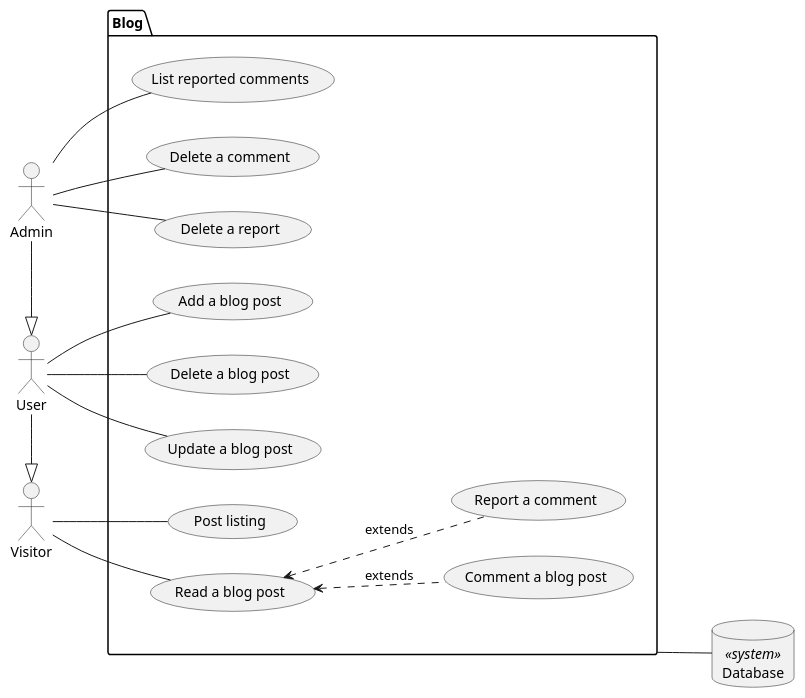
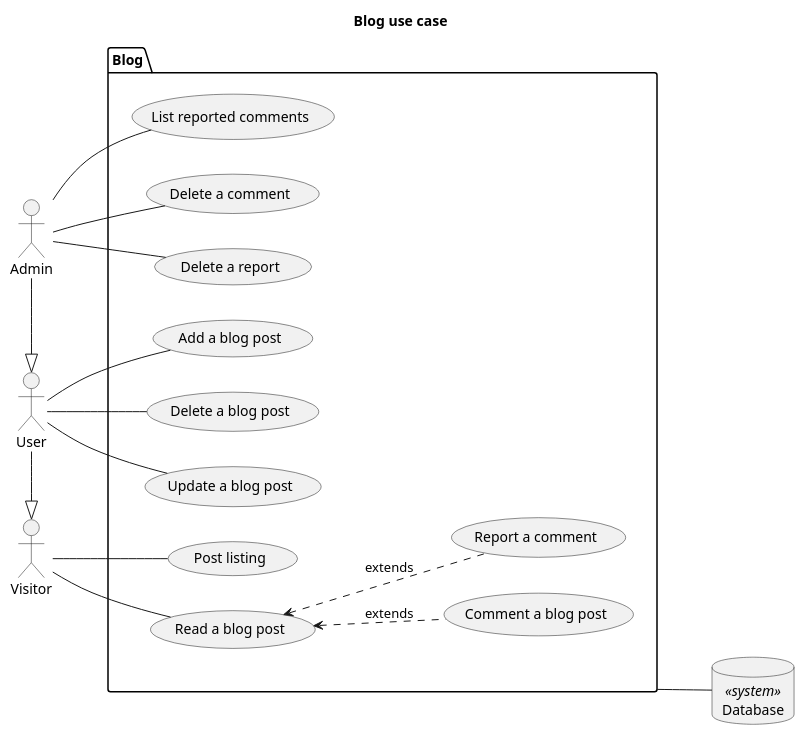
Before and after one commit to acecconato/AnthonyCecconato_5_18102021: the diagram in docs/puml/usecase/blog.puml, drawn with PlantUML. The commit also changed 33 other files, not shown here.

```diff
--- a/docs/puml/usecase/blog.puml
+++ b/docs/puml/usecase/blog.puml
@@ -1,47 +1,49 @@
 @startuml
 left to right direction
+
+title Blog use case
 
 '  Actors
 actor Admin
 actor User
 actor Visitor
 
 ' <<system>>
 Database Database <<system>>
 
 ' Package definition
 package Blog {
     usecase "Post listing" as PostListing
     usecase "Add a blog post" as AddBlogPost
     usecase "Delete a blog post" as DeleteBlogPost
     usecase "Update a blog post" as UpdateBlogPost
     usecase "Read a blog post" as ReadBlogPost
     usecase "Comment a blog post" as CommentBlogPost
     usecase "List reported comments" as ListReportedComments
     usecase "Delete a comment" as DeleteComment
     usecase "Delete a report" as DeleteReport
     usecase "Report a comment" as ReportComment
 }
 
 ' Extends
 ReadBlogPost <.. CommentBlogPost : extends
 ReadBlogPost <.. ReportComment : extends
 
 ' Relations
 Admin -|> User
 User -|> Visitor
 
 Visitor -- ReadBlogPost
 Visitor -- PostListing
 
 User -- AddBlogPost
 User -- DeleteBlogPost
 User -- UpdateBlogPost
 
 Admin -- ListReportedComments
 Admin -- DeleteComment
 Admin -- DeleteReport
 
 Blog --- Database
 
 @enduml
```
